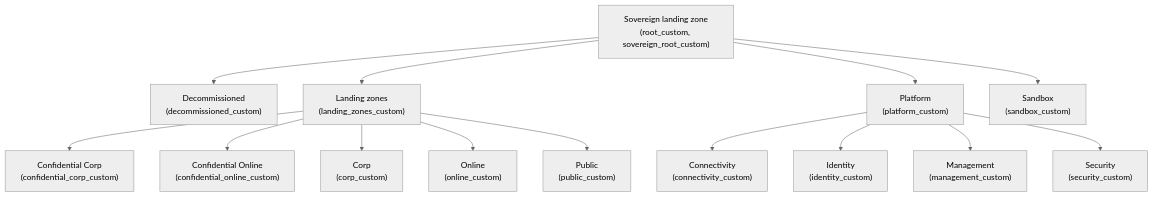
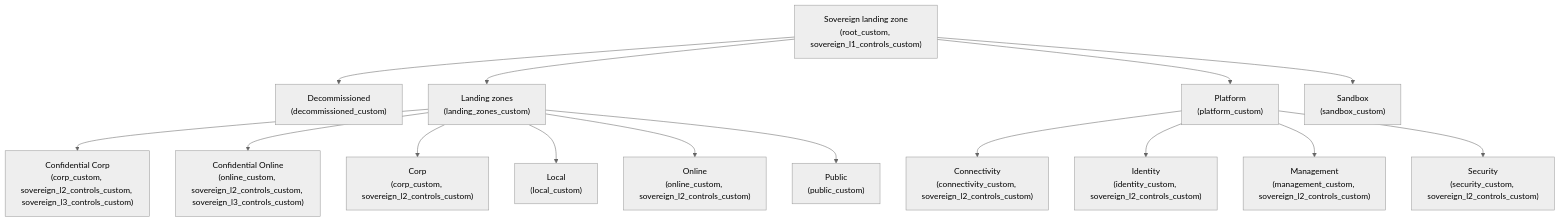
Before and after one commit to azurecitadel/azurecitadel: the diagram in content/slz/examples/slz_override.md, drawn with Mermaid (neutral theme). The commit also changed other lines of this file and 10 other files, not shown here.

```diff
--- a/content/slz/examples/slz_override.md
+++ b/content/slz/examples/slz_override.md
@@ -48,44 +48,47 @@
 {{< mermaid >}}
 flowchart TD
   slz["Sovereign landing zone
-(root_custom, sovereign_root_custom)"]
+(root_custom, sovereign_l1_controls_custom)"]
   slz --> decommissioned
   decommissioned["Decommissioned
 (decommissioned_custom)"]
   slz --> landingzones
   landingzones["Landing zones
 (landing_zones_custom)"]
   landingzones --> confidential_corp
   confidential_corp["Confidential Corp
-(confidential_corp_custom)"]
+(corp_custom, sovereign_l2_controls_custom, sovereign_l3_controls_custom)"]
   landingzones --> confidential_online
   confidential_online["Confidential Online
-(confidential_online_custom)"]
+(online_custom, sovereign_l2_controls_custom, sovereign_l3_controls_custom)"]
   landingzones --> corp
   corp["Corp
-(corp_custom)"]
+(corp_custom, sovereign_l2_controls_custom)"]
+  landingzones --> local
+  local["Local
+(local_custom)"]
   landingzones --> online
   online["Online
-(online_custom)"]
+(online_custom, sovereign_l2_controls_custom)"]
   landingzones --> public
   public["Public
 (public_custom)"]
   slz --> platform
   platform["Platform
 (platform_custom)"]
   platform --> connectivity
   connectivity["Connectivity
-(connectivity_custom)"]
+(connectivity_custom, sovereign_l2_controls_custom)"]
   platform --> identity
   identity["Identity
-(identity_custom)"]
+(identity_custom, sovereign_l2_controls_custom)"]
   platform --> management
   management["Management
-(management_custom)"]
+(management_custom, sovereign_l2_controls_custom)"]
   platform --> security
   security["Security
-(security_custom)"]
+(security_custom, sovereign_l2_controls_custom)"]
   slz --> sandbox
   sandbox["Sandbox
 (sandbox_custom)"]
 {{< /mermaid >}}
```
